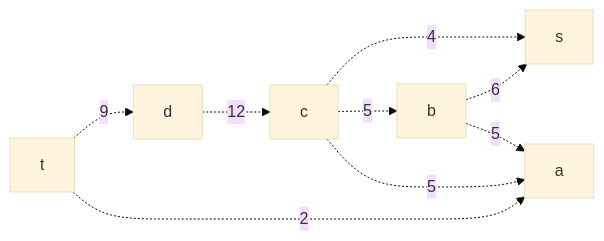
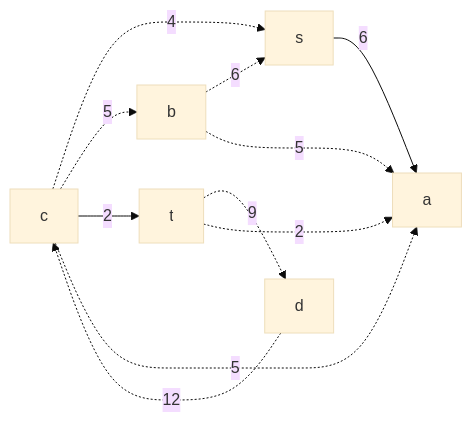
Before and after one commit to hse-algo-24-raven/manual-tasks-raven: the eighth of 14 diagrams in task-9/tbd-v2.md, drawn with Mermaid (base theme). The commit also changed other lines of this file, not shown here.

Commit message:
graphs fix

````diff
--- a/task-9/tbd-v2.md
+++ b/task-9/tbd-v2.md
@@ -122,11 +126,13 @@
 ```mermaid
 graph LR
+    s-->|6|a
     b-.->|6|s
     c-.->|4|s
     b-.->|5|a
     c-.->|5|b
     d-.->|12|c
+    c-->|2|t
     t-.->|9|d
     c-.->|5|a
     t-.->|2|a
 ```
````
